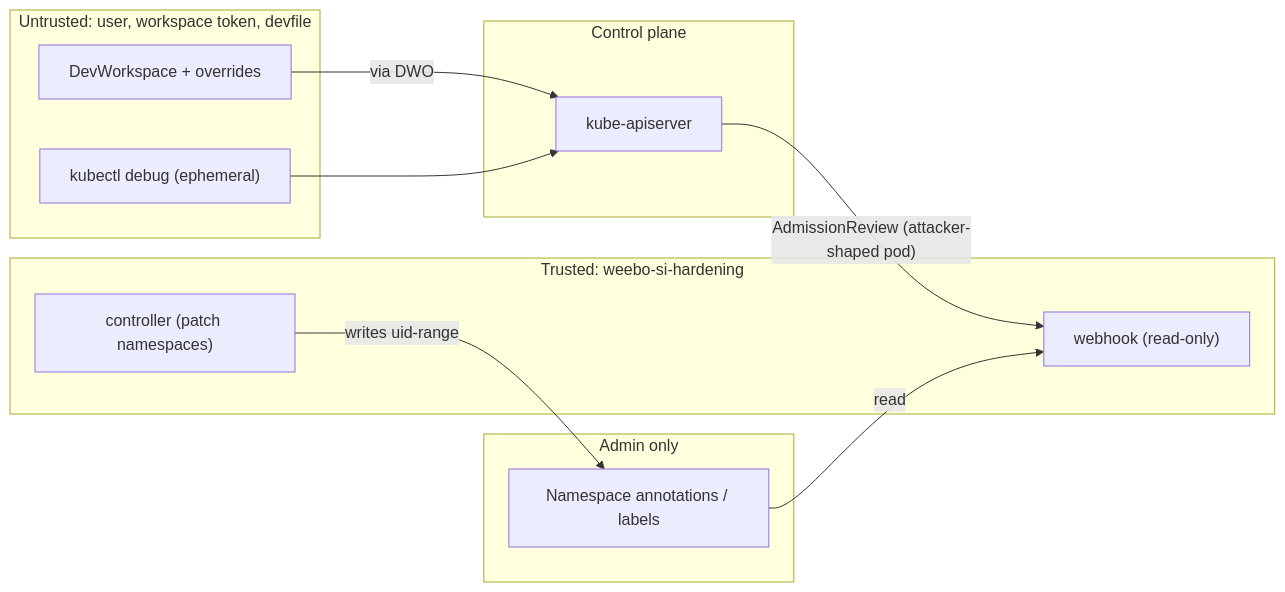
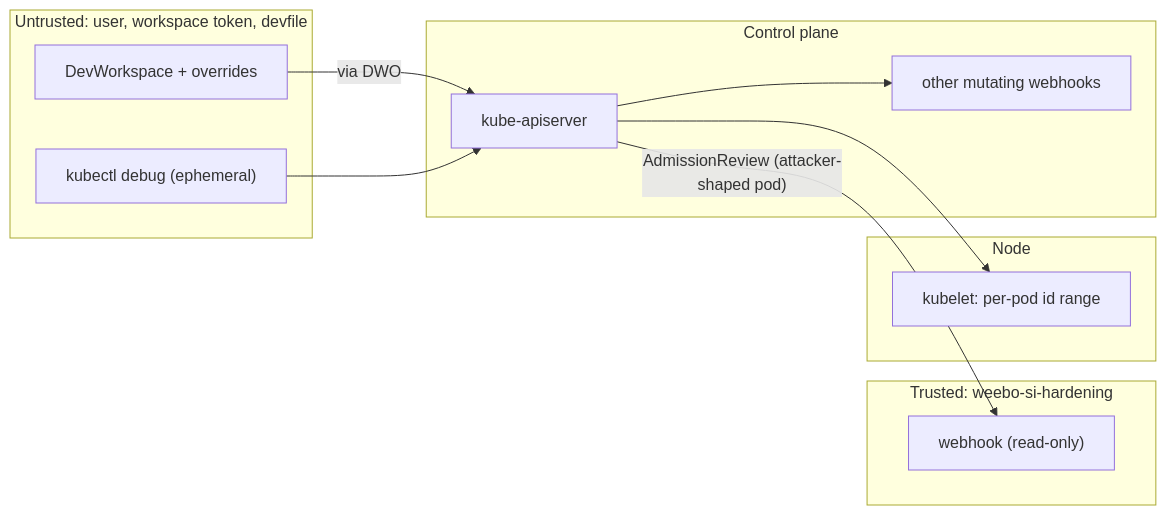
Before and after one commit to batleforc/weebo-si-hardening: the fourth of 4 diagrams in docs/rfc/0018-namespace-uid-range.md, drawn with Mermaid. The commit also changed other lines of this file and 4 other files, not shown here.

````diff
--- a/docs/rfc/0018-namespace-uid-range.md
+++ b/docs/rfc/0018-namespace-uid-range.md
@@ -601,22 +516,22 @@
 ```mermaid
 flowchart LR
   subgraph user["Untrusted: user, workspace token, devfile"]
     U1["DevWorkspace + overrides"]
     U2["kubectl debug (ephemeral)"]
   end
   subgraph cp["Control plane"]
     API["kube-apiserver"]
+    OM["other mutating webhooks"]
   end
   subgraph op["Trusted: weebo-si-hardening"]
     WH["webhook (read-only)"]
-    CT["controller (patch namespaces)"]
   end
-  subgraph adm["Admin only"]
-    NSA["Namespace annotations / labels"]
+  subgraph node["Node"]
+    KL["kubelet: per-pod id range"]
   end
   U1 -- "via DWO" --> API
   U2 --> API
+  API --> OM
   API -- "AdmissionReview (attacker-shaped pod)" --> WH
-  CT -- "writes uid-range" --> NSA
-  NSA -- "read" --> WH
+  API --> KL
 ```
````
